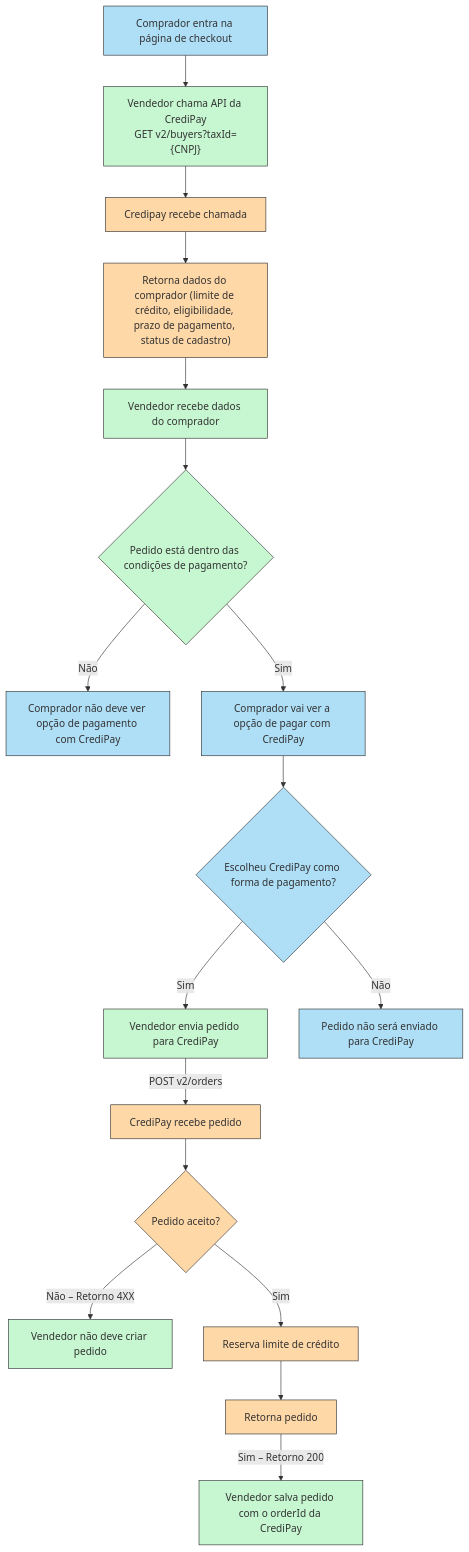
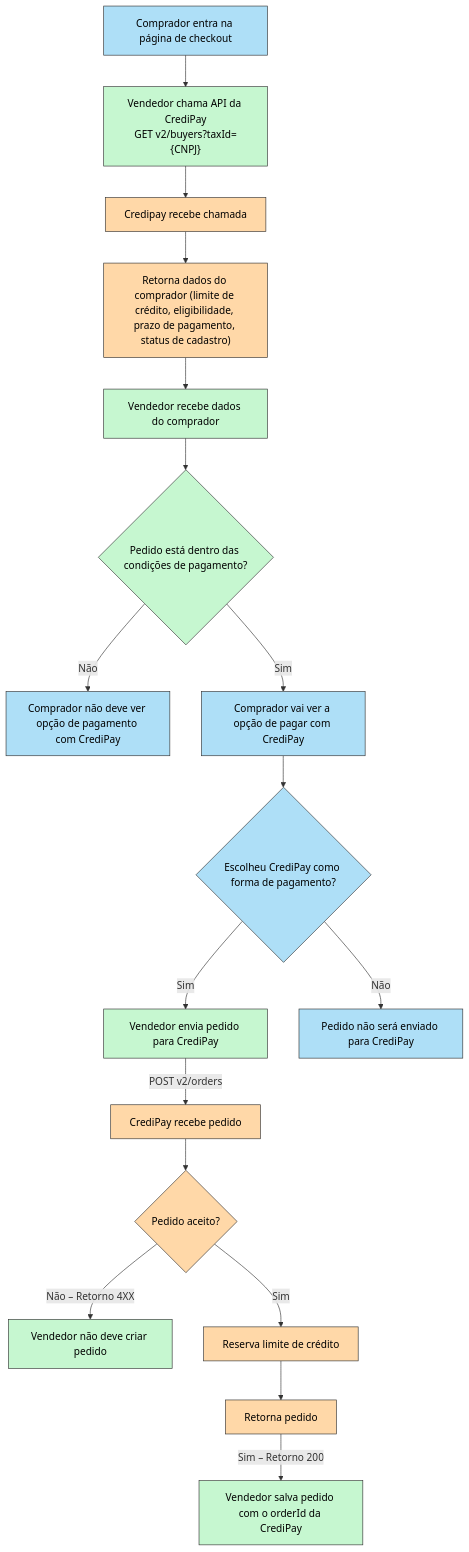
The diagram in docs/INTEGRAÇÃO COMPLETA/módulos-de-integração-1/checar-e-reservar-limites-de-crédito.md (credix-finance/credipay-rdme-docs), drawn with Mermaid before and after one commit.

Commit message:
Update doc `checar-e-reservar-limites-de-crédito`

````diff
--- a/docs/INTEGRAÇÃO COMPLETA/módulos-de-integração-1/checar-e-reservar-limites-de-crédito.md
+++ b/docs/INTEGRAÇÃO COMPLETA/módulos-de-integração-1/checar-e-reservar-limites-de-crédito.md
@@ -35,43 +35,42 @@
 ```mermaid
 flowchart TD
     n4["Comprador entra na página de checkout"] --> n5["Vendedor chama API da CrediPay<br>GET v2/buyers?taxId={CNPJ}<br>"]
     n6["Credipay recebe chamada"] --> n7["Retorna dados do comprador (limite de crédito, eligibilidade, prazo de pagamento, status de cadastro)"]
     n8["Vendedor recebe dados do comprador"] --> n9{"Pedido está dentro das condições de pagamento?"}
     n9 -- Não --> n10["Comprador não deve ver opção de pagamento com CrediPay"]
     n9 -- Sim --> n18["Comprador vai ver a opção de pagar com CrediPay"]
     n18 --> n19{"Escolheu CrediPay como forma de pagamento?"}
     n19 -- Sim --> n11["Vendedor envia pedido para CrediPay"]
     n19 -- Não --> n20["Pedido não será enviado para CrediPay"]
     n11 -- POST v2/orders --> n12["CrediPay recebe pedido"]
     n12 --> n13{"Pedido aceito?"}
     n13 -- Não – Retorno 4XX --> n14["Vendedor não deve criar pedido"]
     n13 -- Sim --> n15["Reserva limite de crédito"]
     n15 --> n16["Retorna pedido"]
     n16 -- Sim – Retorno 200 --> n17["Vendedor salva pedido com o orderId da CrediPay"]
     n7 --> n8
     n5 --> n6
 
-     n4:::vendedor
-     n5:::comprador
-     n6:::credipay
-     n7:::credipay
-     n8:::comprador
-     n9:::comprador
-     n10:::vendedor
-     n18:::vendedor
-     n19:::vendedor
-     n11:::comprador
-     n20:::vendedor
-     n12:::credipay
-     n13:::credipay
-     n14:::comprador
-     n15:::credipay
-     n16:::credipay
-     n17:::comprador
-    classDef vendedor fill:#AEDFF7,stroke:#333,stroke-width:1px
-    classDef comprador fill:#C6F7D0,stroke:#333,stroke-width:1px
-    classDef credipay fill:#FFD8A8,stroke:#333,stroke-width:1px
+    n4:::vendedor
+    n5:::comprador
+    n6:::credipay
+    n7:::credipay
+    n8:::comprador
+    n9:::comprador
+    n10:::vendedor
+    n18:::vendedor
+    n19:::vendedor
+    n11:::comprador
+    n20:::vendedor
+    n12:::credipay
+    n13:::credipay
+    n14:::comprador
+    n15:::credipay
+    n16:::credipay
+    n17:::comprador
 
-
+    classDef vendedor fill:#AEDFF7,stroke:#333,stroke-width:1px,color:#000;
+    classDef comprador fill:#C6F7D0,stroke:#333,stroke-width:1px,color:#000;
+    classDef credipay fill:#FFD8A8,stroke:#333,stroke-width:1px,color:#000;
 
 ```
````
